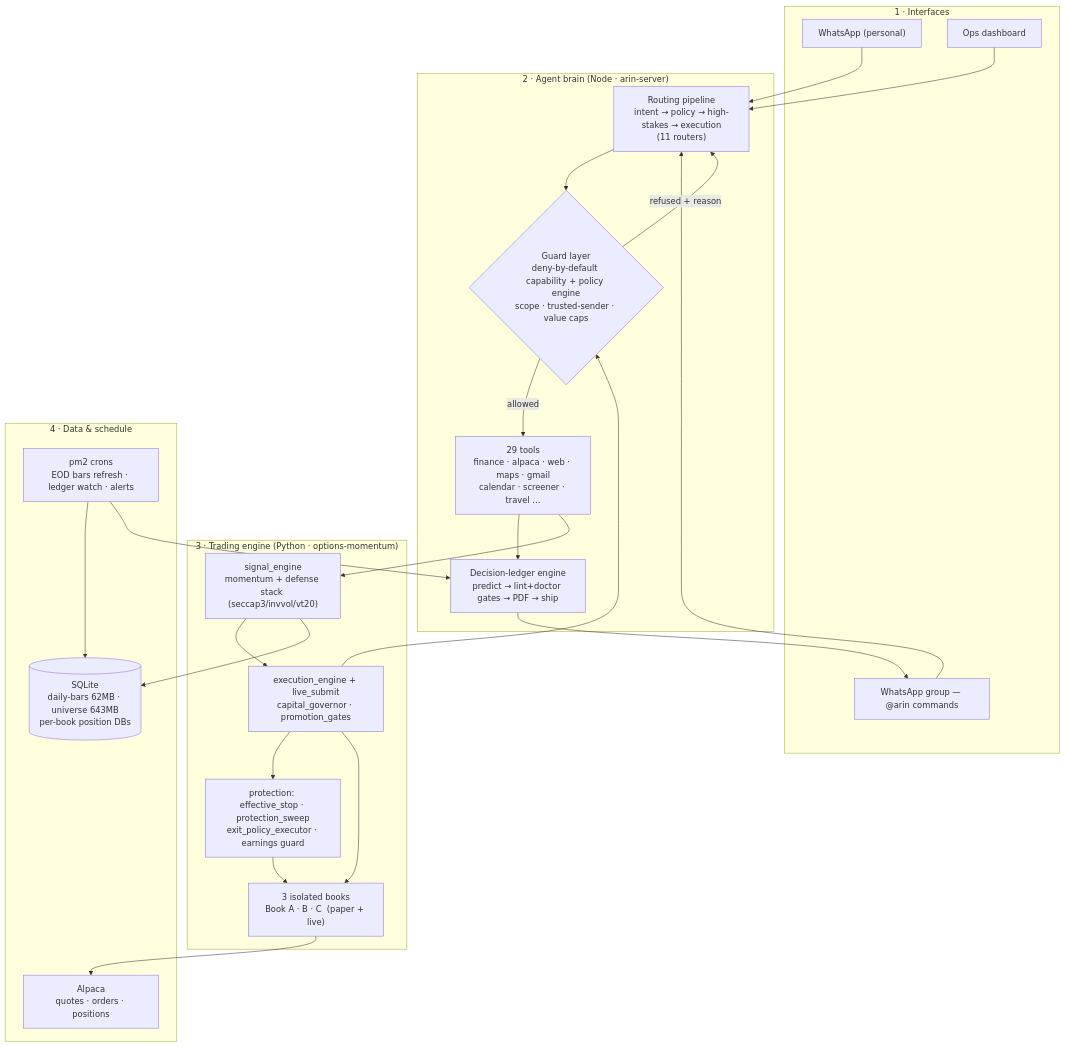
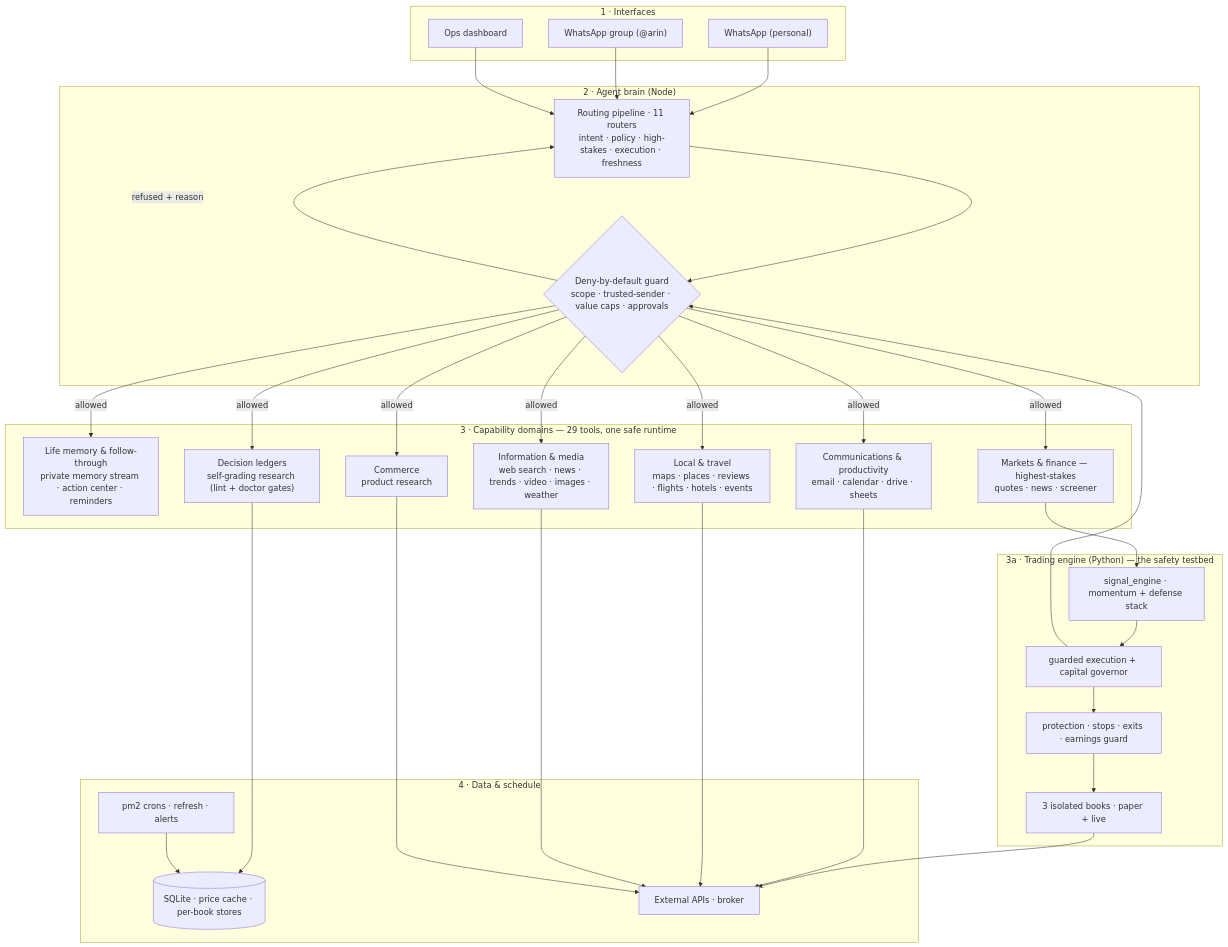
Before and after one commit to srinu16it/llm-tool-host: the diagram in docs/ARCHITECTURE.md, drawn with Mermaid. The commit also changed other lines of this file and 1 other file, not shown here.

Commit message:
docs: architecture — lead with the whole-life assistant, markets as one domain

````diff
--- a/docs/ARCHITECTURE.md
+++ b/docs/ARCHITECTURE.md
@@ -9,45 +16,46 @@
 ```mermaid
 flowchart TB
   subgraph IF["1 · Interfaces"]
     WA["WhatsApp (personal)"]
-    WG["WhatsApp group — @arin commands"]
+    WG["WhatsApp group (@arin)"]
     DASH["Ops dashboard"]
   end
 
-  subgraph BRAIN["2 · Agent brain  (Node · arin-server)"]
-    ROUTE["Routing pipeline\nintent → policy → high-stakes → execution\n(11 routers)"]
-    GUARD{"Guard layer\ndeny-by-default capability + policy engine\nscope · trusted-sender · value caps"}
-    TOOLS["29 tools\nfinance · alpaca · web · maps · gmail\ncalendar · screener · travel …"]
-    LEDGER["Decision-ledger engine\npredict → lint+doctor gates → PDF → ship"]
+  subgraph BRAIN["2 · Agent brain (Node)"]
+    ROUTE["Routing pipeline · 11 routers\nintent · policy · high-stakes · execution · freshness"]
+    GUARD{"Deny-by-default guard\nscope · trusted-sender · value caps · approvals"}
   end
 
-  subgraph TRADE["3 · Trading engine  (Python · options-momentum)"]
-    SIG["signal_engine\nmomentum + defense stack (seccap3/invvol/vt20)"]
-    EXEC["execution_engine + live_submit\ncapital_governor · promotion_gates"]
-    PROT["protection: effective_stop · protection_sweep\nexit_policy_executor · earnings guard"]
-    BOOKS["3 isolated books\nBook A · B · C  (paper + live)"]
+  subgraph DOM["3 · Capability domains — 29 tools, one safe runtime"]
+    LIFE["Life memory & follow-through\nprivate memory stream · action center · reminders"]
+    COMMS["Communications & productivity\nemail · calendar · drive · sheets"]
+    LOCAL["Local & travel\nmaps · places · reviews · flights · hotels · events"]
+    INFO["Information & media\nweb search · news · trends · video · images · weather"]
+    SHOP["Commerce\nproduct research"]
+    RES["Decision ledgers\nself-grading research (lint + doctor gates)"]
+    MKT["Markets & finance — highest-stakes\nquotes · news · screener"]
+  end
+
+  subgraph TRADE["3a · Trading engine (Python) — the safety testbed"]
+    SIG["signal_engine · momentum + defense stack"]
+    EXEC["guarded execution + capital governor"]
+    PROT["protection · stops · exits · earnings guard"]
+    BOOKS["3 isolated books · paper + live"]
   end
 
   subgraph DATA["4 · Data & schedule"]
-    DB[("SQLite\ndaily-bars 62MB · universe 643MB\nper-book position DBs")]
-    CRON["pm2 crons\nEOD bars refresh · ledger watch · alerts"]
-    BROKER["Alpaca\nquotes · orders · positions"]
+    DB[("SQLite · price cache · per-book stores")]
+    CRON["pm2 crons · refresh · alerts"]
+    EXT["External APIs · broker"]
   end
 
-  WA & WG & DASH --> ROUTE
-  ROUTE --> GUARD
-  GUARD -->|allowed| TOOLS
+  WA & WG & DASH --> ROUTE --> GUARD
   GUARD -->|refused + reason| ROUTE
-  TOOLS --> LEDGER
-  TOOLS --> SIG
-  SIG --> EXEC
+  GUARD -->|allowed| LIFE & COMMS & LOCAL & INFO & SHOP & RES & MKT
+  MKT --> SIG --> EXEC
   EXEC --> GUARD
-  EXEC --> PROT
-  EXEC --> BOOKS
-  PROT --> BOOKS
-  BOOKS --> BROKER
-  SIG --> DB
+  EXEC --> PROT --> BOOKS --> EXT
+  COMMS & LOCAL & INFO & SHOP --> EXT
+  RES --> DB
   CRON --> DB
-  CRON --> LEDGER
-  LEDGER --> WG
 ```
````
